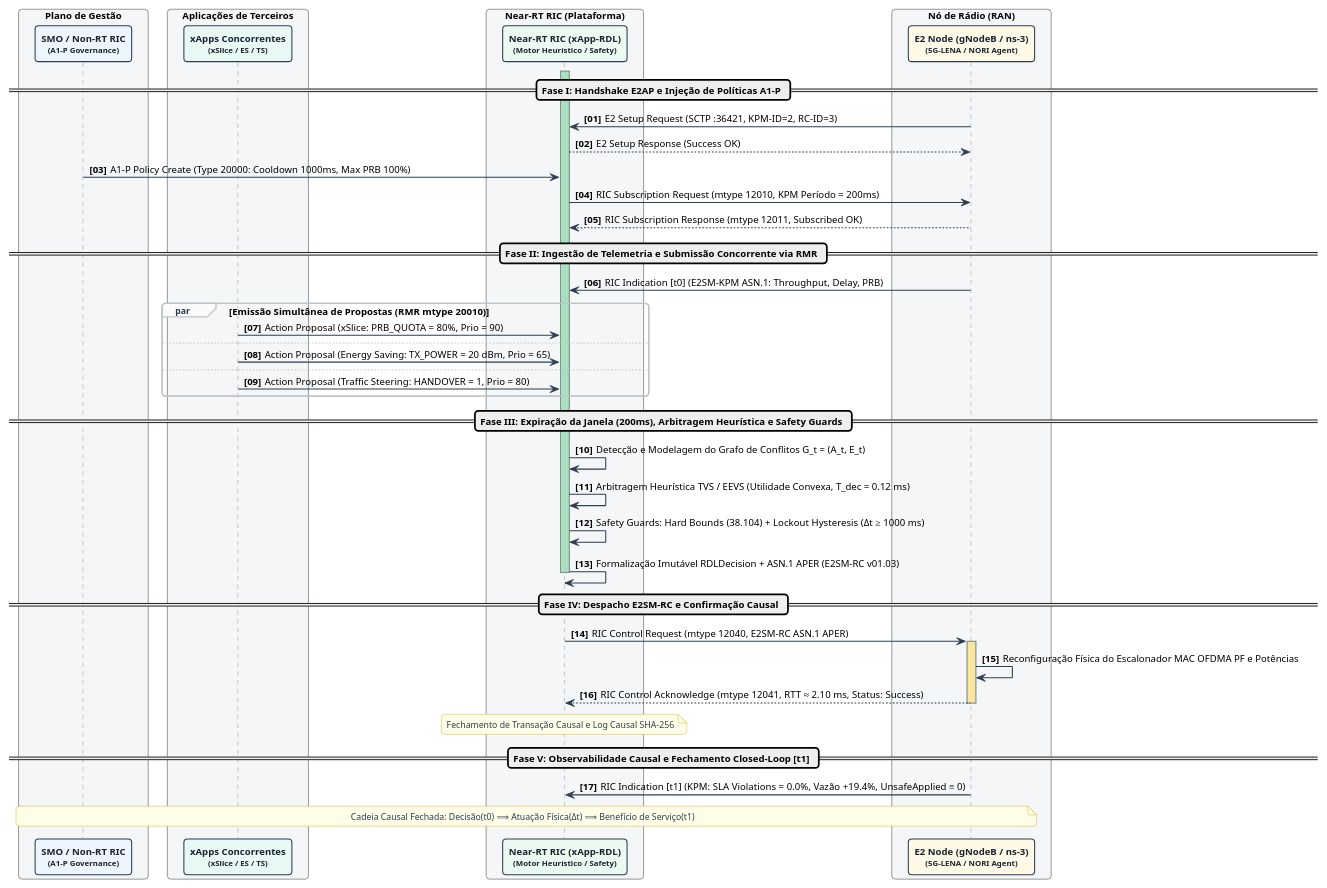
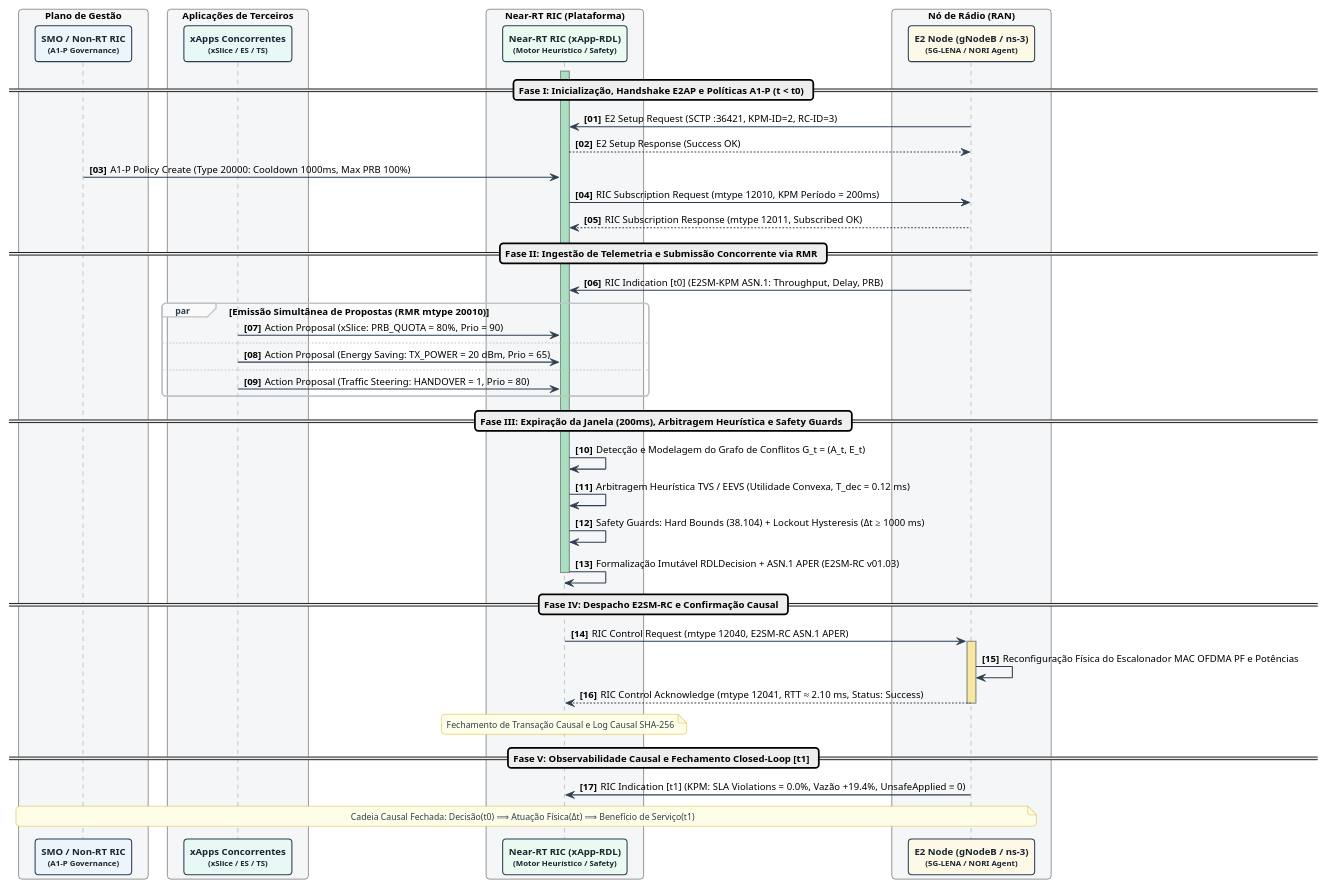
The diagram in docs/figures/diagrama_sequencia_compacto_dissertacao.puml (georgebarbosa3090/XApp-RDL-F1), drawn with PlantUML before and after one commit. The commit also changed 5 other files, not shown here.

Commit message:
docs: adicionar relatorio tecnico xslice e energy-saver F1/F2 e alinhar diagramas com A1-P

```diff
--- a/docs/figures/diagrama_sequencia_compacto_dissertacao.puml
+++ b/docs/figures/diagrama_sequencia_compacto_dissertacao.puml
@@ -1,98 +1,98 @@
 @startuml
 !pragma layout smetana
 skinparam backgroundColor #FFFFFF
 skinparam defaultFontName "Helvetica"
 skinparam defaultFontSize 11
 skinparam roundCorner 8
 skinparam shadowing false
 skinparam ArrowColor #2C3E50
 skinparam ArrowThickness 1.2
 skinparam SequenceLifeLineBorderColor #7F8C8D
 skinparam SequenceLifeLineBackgroundColor #F2F4F4
 skinparam ParticipantBorderThickness 1.2
 skinparam BoxPadding 10
 skinparam ParticipantPadding 15
 
 skinparam participant {
     BackgroundColor #F8F9F9
     BorderColor #2C3E50
     FontColor #1A252F
     FontStyle bold
 }
 
 skinparam note {
     BackgroundColor #FEFDE8
     BorderColor #D4AC0D
     FontColor #2C3E50
     FontSize 10
 }
 
 skinparam sequence {
     GroupBorderColor #BDC3C7
     GroupBackgroundColor #FAFAFA
     GroupHeaderFontColor #2C3E50
     GroupHeaderFontSize 10
 }
 
 autonumber "<b>[00]</b>"
 
 box "Plano de Gestão" #F4F6F7
     participant "SMO / Non-RT RIC\n<size:9>(A1-P Governance)</size>" as SMO #EBF5FB
 end box
 
 box "Aplicações de Terceiros" #F4F6F7
     participant "xApps Concorrentes\n<size:9>(xSlice / ES / TS)</size>" as XAPPS #E8F8F5
 end box
 
 box "Near-RT RIC (Plataforma)" #F4F6F7
     participant "Near-RT RIC (xApp-RDL)\n<size:9>(Motor Heurístico / Safety)</size>" as RDL #EAFAF1
 end box
 
 box "Nó de Rádio (RAN)" #F4F6F7
     participant "E2 Node (gNodeB / ns-3)\n<size:9>(5G-LENA / NORI Agent)</size>" as RAN #FEF9E7
 end box
 
-== Fase I: Handshake E2AP e Injeção de Políticas A1-P ==
+== Fase I: Inicialização, Handshake E2AP e Políticas A1-P (t < t0) ==
 
 RAN -> RDL: E2 Setup Request (SCTP :36421, KPM-ID=2, RC-ID=3)
 RDL --> RAN: E2 Setup Response (Success OK)
 SMO -> RDL: A1-P Policy Create (Type 20000: Cooldown 1000ms, Max PRB 100%)
 RDL -> RAN: RIC Subscription Request (mtype 12010, KPM Período = 200ms)
 RAN --> RDL: RIC Subscription Response (mtype 12011, Subscribed OK)
 
 == Fase II: Ingestão de Telemetria e Submissão Concorrente via RMR ==
 
 RAN -> RDL: RIC Indication [t0] (E2SM-KPM ASN.1: Throughput, Delay, PRB)
 
 par Emissão Simultânea de Propostas (RMR mtype 20010)
     XAPPS -> RDL: Action Proposal (xSlice: PRB_QUOTA = 80%, Prio = 90)
 else
     XAPPS -> RDL: Action Proposal (Energy Saving: TX_POWER = 20 dBm, Prio = 65)
 else
     XAPPS -> RDL: Action Proposal (Traffic Steering: HANDOVER = 1, Prio = 80)
 end note over RDL: Acúmulo em Fila Concorrente durante Janela (Δt_win = 200 ms)
 
 == Fase III: Expiração da Janela (200ms), Arbitragem Heurística e Safety Guards ==
 
 activate RDL #A9DFBF
 RDL -> RDL: Detecção e Modelagem do Grafo de Conflitos G_t = (A_t, E_t)
 RDL -> RDL: Arbitragem Heurística TVS / EEVS (Utilidade Convexa, T_dec = 0.12 ms)
 RDL -> RDL: Safety Guards: Hard Bounds (38.104) + Lockout Hysteresis (Δt ≥ 1000 ms)
 RDL -> RDL: Formalização Imutável RDLDecision + ASN.1 APER (E2SM-RC v01.03)
 deactivate RDL
 
 == Fase IV: Despacho E2SM-RC e Confirmação Causal ==
 
 RDL -> RAN: RIC Control Request (mtype 12040, E2SM-RC ASN.1 APER)
 activate RAN #F9E79F
 RAN -> RAN: Reconfiguração Física do Escalonador MAC OFDMA PF e Potências
 RAN --> RDL: RIC Control Acknowledge (mtype 12041, RTT ≈ 2.10 ms, Status: Success)
 deactivate RAN
 note over RDL: Fechamento de Transação Causal e Log Causal SHA-256
 
 == Fase V: Observabilidade Causal e Fechamento Closed-Loop [t1] ==
 
 RAN -> RDL: RIC Indication [t1] (KPM: SLA Violations = 0.0%, Vazão +19.4%, UnsafeApplied ≡ 0)
 note over SMO, RAN: Cadeia Causal Fechada: Decisão(t0) ⟹ Atuação Física(Δt) ⟹ Benefício de Serviço(t1)
 
 @enduml
```
